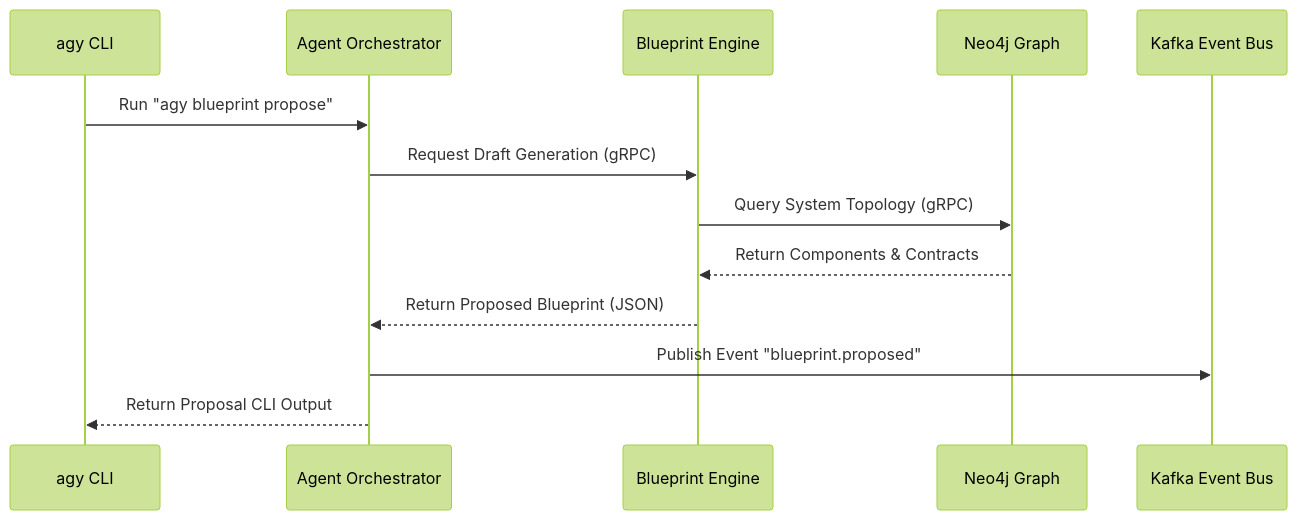
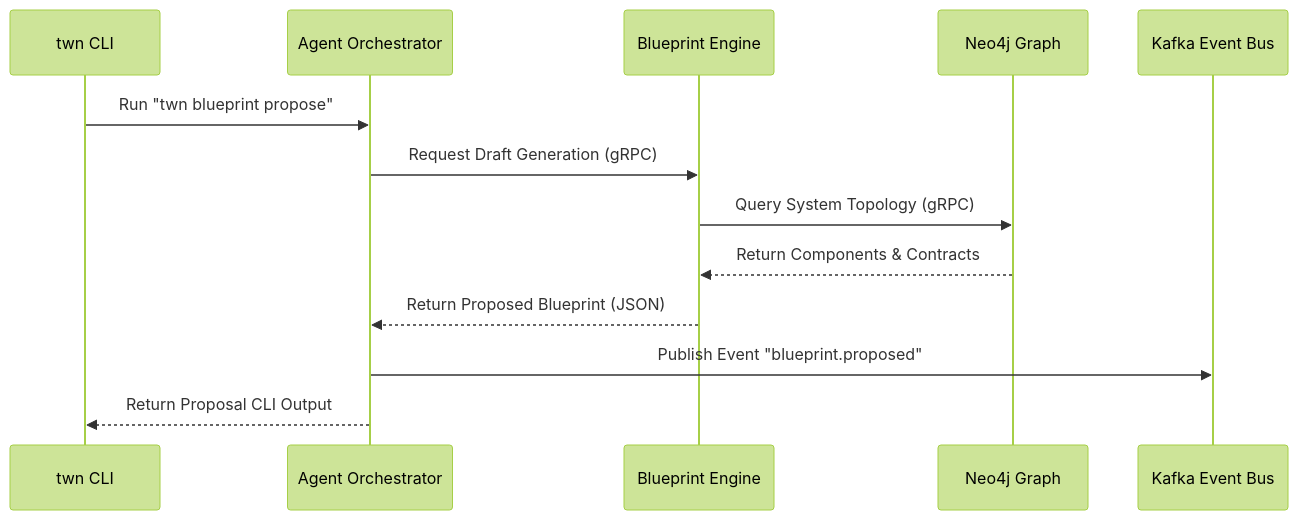
One commit to Taiwansz/atlas changed the diagram in architecture/overview/ARCHITECTURE.md. Above: the diagram before and after it, drawn with Mermaid (forest theme). The commit also changed other lines of this file and 21 other files, not shown here.

Commit message:
refactor(cli): rename CLI binary and package references from agy to twn

````diff
--- a/architecture/overview/ARCHITECTURE.md
+++ b/architecture/overview/ARCHITECTURE.md
@@ -95,16 +95,16 @@
 ```mermaid
 sequenceDiagram
-    participant CLI as agy CLI
+    participant CLI as twn CLI
     participant ORCH as Agent Orchestrator
     participant BP as Blueprint Engine
     participant DB as Neo4j Graph
     participant KAF as Kafka Event Bus
 
-    CLI->>ORCH: Run "agy blueprint propose"
+    CLI->>ORCH: Run "twn blueprint propose"
     ORCH->>BP: Request Draft Generation (gRPC)
     BP->>DB: Query System Topology (gRPC)
     DB-->>BP: Return Components & Contracts
     BP-->>ORCH: Return Proposed Blueprint (JSON)
     ORCH->>KAF: Publish Event "blueprint.proposed"
     ORCH-->>CLI: Return Proposal CLI Output
 ```
````
